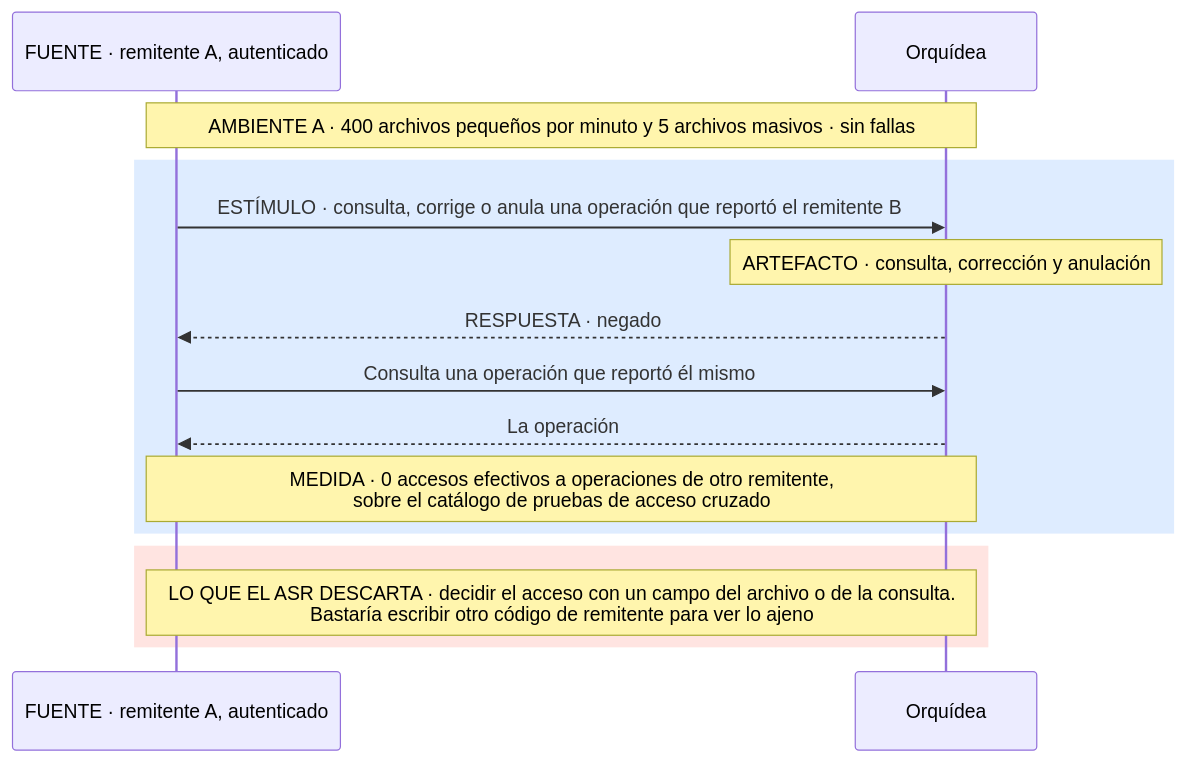
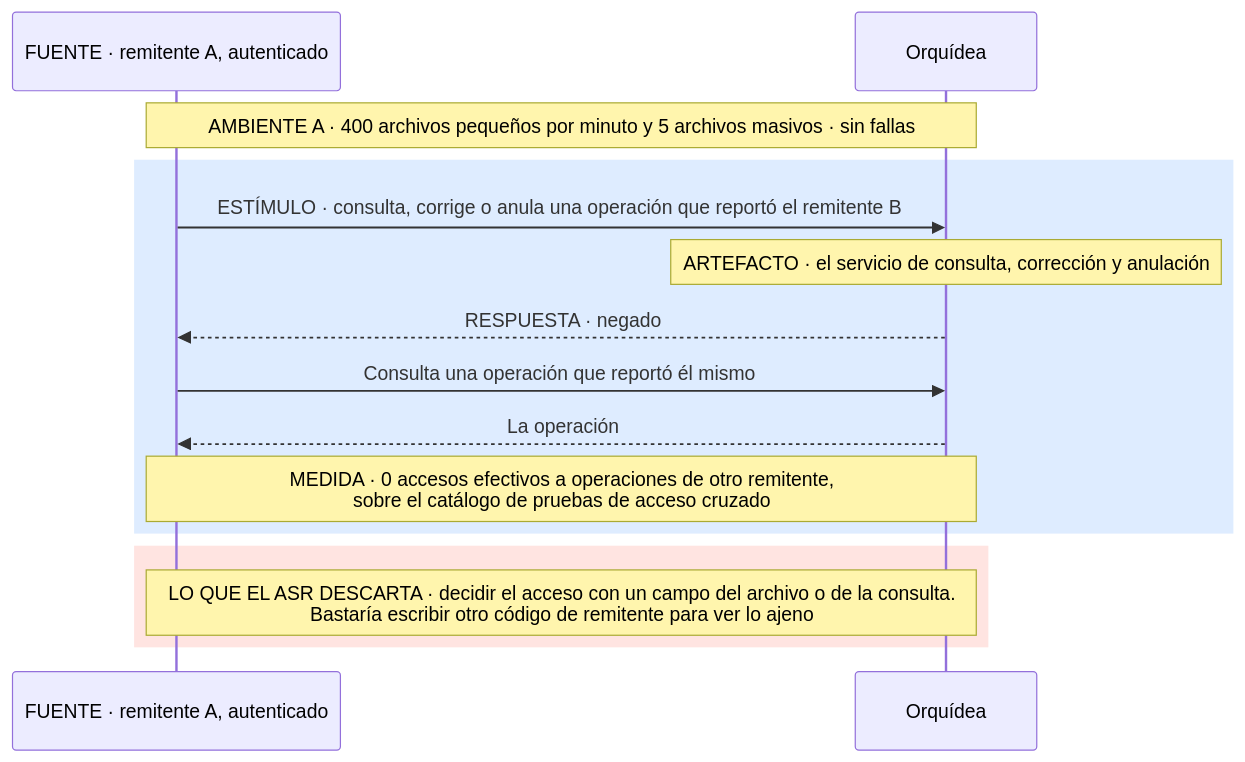
Before and after one commit to MATI-MBIT/arqsoft-reto-4: the tenth of 17 diagrams in docs/quality-attributes.md, drawn with Mermaid. The commit also changed other lines of this file and 3 other files, not shown here.

````diff
--- a/docs/quality-attributes.md
+++ b/docs/quality-attributes.md
@@ -503,17 +503,17 @@
 ```mermaid
 sequenceDiagram
     participant A as FUENTE · remitente A, autenticado
     participant O as Orquídea
     Note over A,O: AMBIENTE A · 400 archivos pequeños por minuto y 5 archivos masivos · sin fallas
     rect rgb(222, 236, 255)
     A->>O: ESTÍMULO · consulta, corrige o anula una operación que reportó el remitente B
-    Note over O: ARTEFACTO · consulta, corrección y anulación
+    Note over O: ARTEFACTO · el servicio de consulta, corrección y anulación
     O-->>A: RESPUESTA · negado
     A->>O: Consulta una operación que reportó él mismo
     O-->>A: La operación
     Note over A,O: MEDIDA · 0 accesos efectivos a operaciones de otro remitente,<br/>sobre el catálogo de pruebas de acceso cruzado
     end
     rect rgb(255, 228, 225)
     Note over A,O: LO QUE EL ASR DESCARTA · decidir el acceso con un campo del archivo o de la consulta.<br/>Bastaría escribir otro código de remitente para ver lo ajeno
     end
 ```
````
